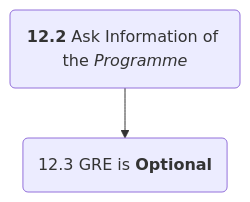
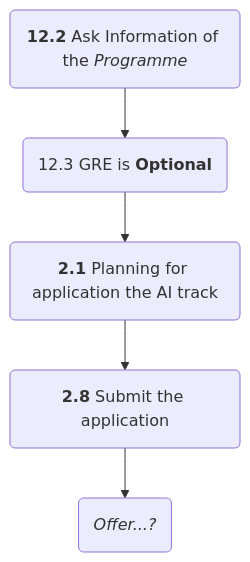
One commit to Revive-dontwanttocode/Revive-dontwanttocode.github.io changed the fourth of 14 diagrams in _posts/2023-12-15-24Fall申请记录.md. Above: the diagram before and after it, drawn with Mermaid. The commit also changed other lines of this file and 2 other files, not shown here.

````diff
--- a/_posts/2023-12-15-24Fall申请记录.md
+++ b/_posts/2023-12-15-24Fall申请记录.md
@@ -113,6 +114,9 @@
 ```mermaid
 flowchart
     AskInfo("`**12.2** Ask Information of the *Programme*`")
     GetInfo("`12.3 GRE is **Optional**`")
-    AskInfo --> GetInfo
+    Plan("`**2.1** Planning for application the AI track`")
+    SubmittedApplication("`**2.8** Submit the application`")
+    Offer("`*Offer...?*`")
+    AskInfo --> GetInfo --> Plan --> SubmittedApplication --> Offer
 ```
````
